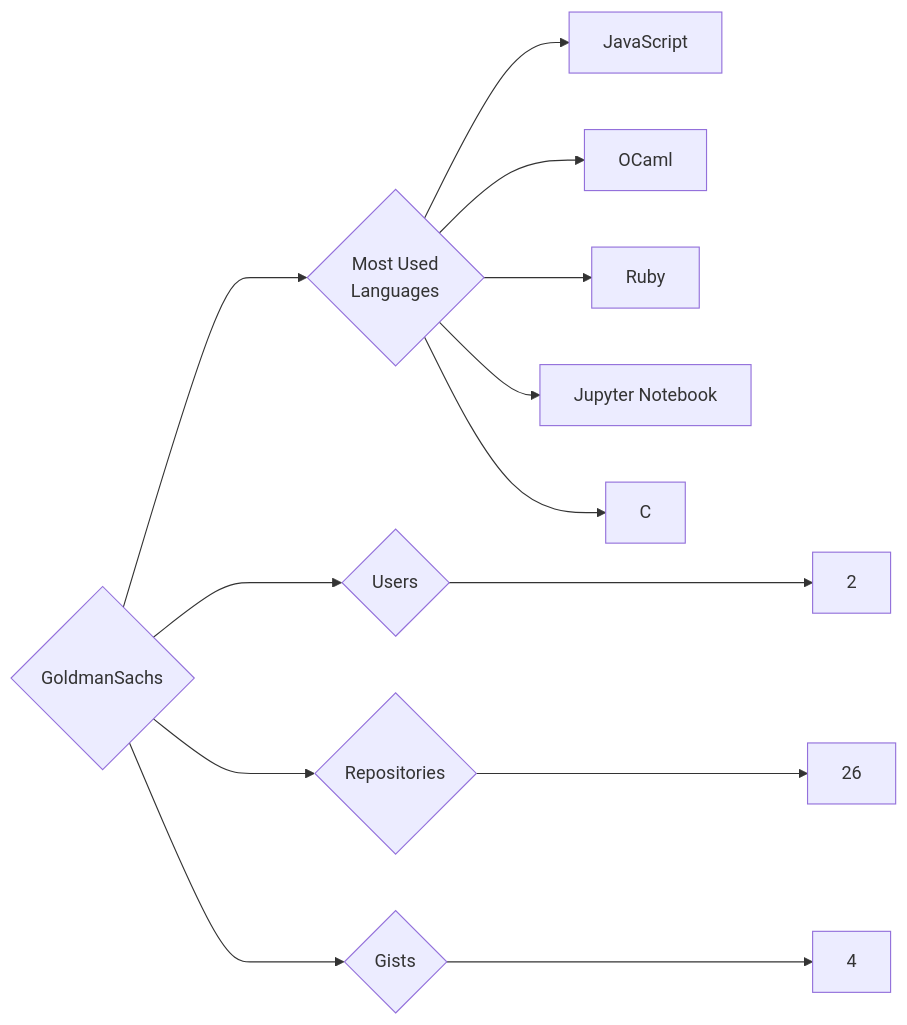
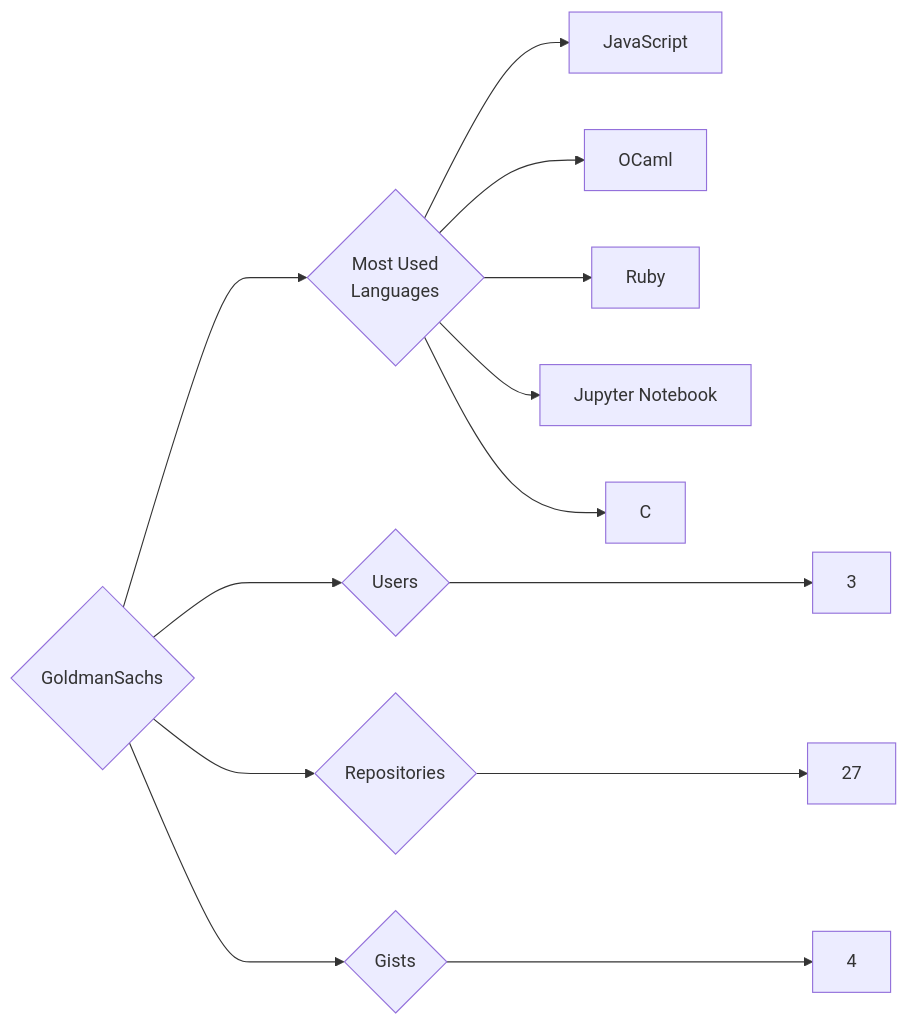
One commit to trickest/insiders changed the diagram in targets/GoldmanSachs/README.md. Above: the diagram before and after it, drawn with Mermaid. The commit also changed 772 other files, not shown here.

````diff
--- a/targets/GoldmanSachs/README.md
+++ b/targets/GoldmanSachs/README.md
@@ -3,13 +3,13 @@
 ```mermaid
 graph LR
 COMPANY_NAME{GoldmanSachs}
-COMPANY_NAME ---> U{Users} ---> UN[2]
-COMPANY_NAME ---> R{Repositories} ---> RN[26]
+COMPANY_NAME ---> U{Users} ---> UN[3]
+COMPANY_NAME ---> R{Repositories} ---> RN[27]
 COMPANY_NAME ---> G{Gists} ---> GN[4]
 COMPANY_NAME ---> ML{Most Used<br>Languages}
 ML --> JavaScript[JavaScript]
 ML --> OCaml[OCaml]
 ML --> Ruby[Ruby]
 ML --> Jupyter_Notebook[Jupyter Notebook]
 ML --> C[C]
 ```
````
